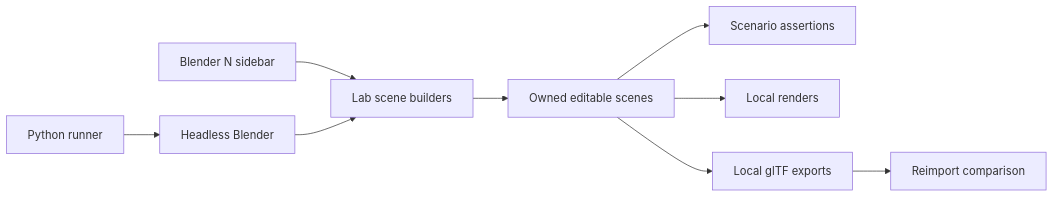
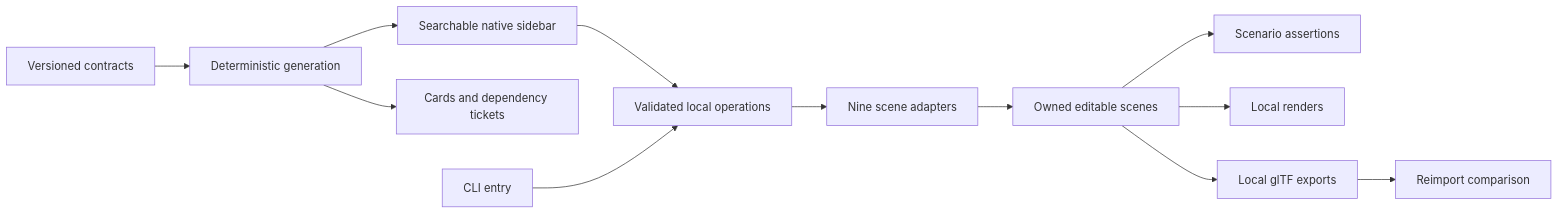
The diagram in docs/ARCHITECTURE.md (devin-thomas/blender-lab), drawn with Mermaid before and after one commit. The commit also changed other lines of this file and 340 other files, not shown here.

Commit message:
Expand Blender Lab to a 96-contract atlas and nine authoring adapters

````diff
--- a/docs/ARCHITECTURE.md
+++ b/docs/ARCHITECTURE.md
@@ -7,11 +7,14 @@
 ```mermaid
 flowchart LR
-  UI[Blender N sidebar] --> Builders[Lab scene builders]
-  CLI[Python runner] --> Blender[Headless Blender]
-  Blender --> Builders
+  Spec[Versioned contracts] --> Generate[Deterministic generation]
+  Generate --> UI[Searchable native sidebar]
+  Generate --> Docs[Cards and dependency tickets]
+  UI --> Ops[Validated local operations]
+  CLI[CLI entry] --> Ops
+  Ops --> Builders[Nine scene adapters]
   Builders --> Scenes[Owned editable scenes]
   Scenes --> Checks[Scenario assertions]
   Scenes --> Renders[Local renders]
   Scenes --> GLTF[Local glTF exports]
   GLTF --> Reimport[Reimport comparison]
 ```
````
